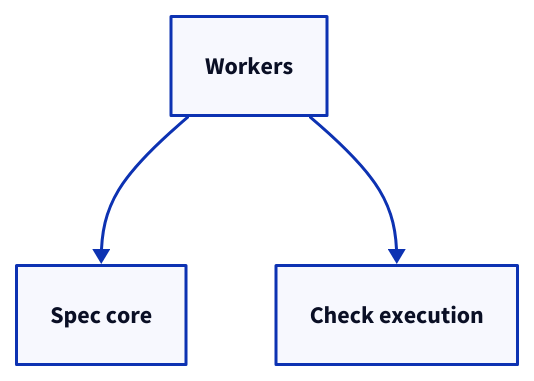
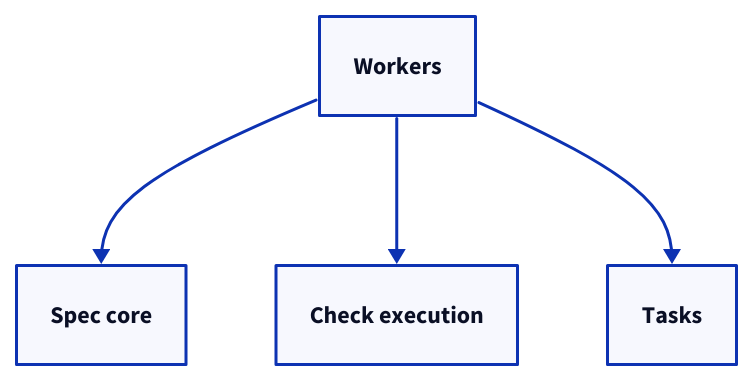
The third of 4 diagrams in specs/concorde/harness/workers/module.md (FTOD/concorde), drawn with D2 before and after one commit. The commit also changed other lines of this file and 43 other files, not shown here.

````diff
--- a/specs/concorde/harness/workers/module.md
+++ b/specs/concorde/harness/workers/module.md
@@ -260,7 +324,9 @@
 ```d2
 workers: Workers
 spec: Spec core
 checks: Check execution
+tasks: Tasks
 workers -> spec
 workers -> checks
+workers -> tasks
 ```
````
